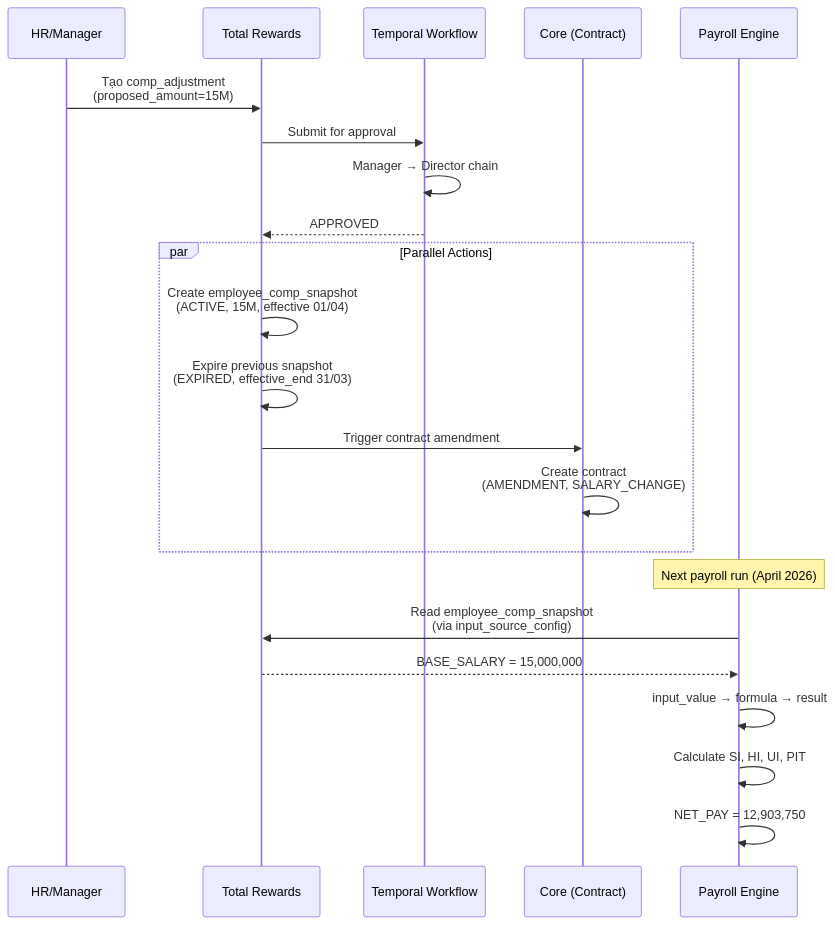
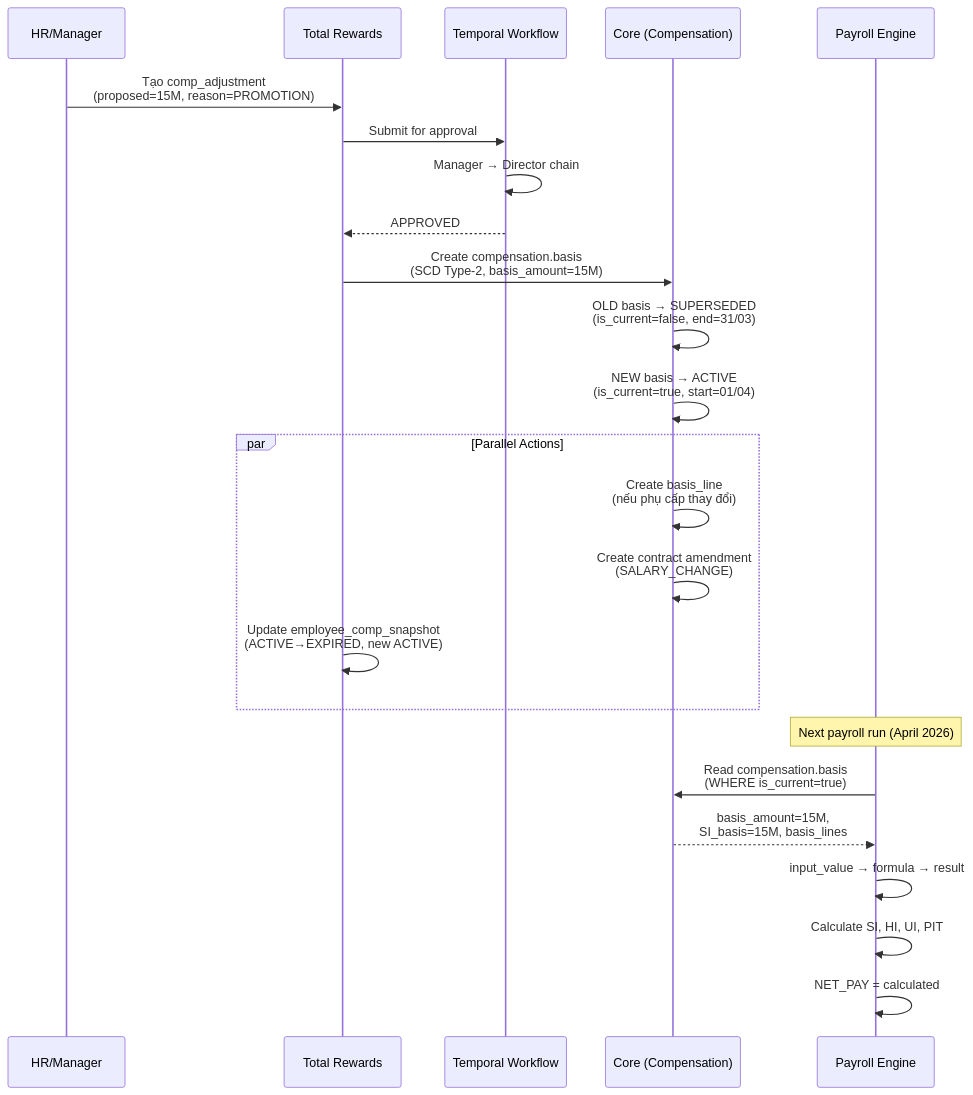
The diagram in docs/02-dbml/docs/salary-adjustment-flow.md (a4b-corporation/xTalent), drawn with Mermaid before and after one commit. The commit also changed other lines of this file, not shown here.

````diff
--- a/docs/02-dbml/docs/salary-adjustment-flow.md
+++ b/docs/02-dbml/docs/salary-adjustment-flow.md
@@ -122,27 +123,30 @@
 ```mermaid
 sequenceDiagram
     participant HR as HR/Manager
     participant TR as Total Rewards
     participant TW as Temporal Workflow
-    participant CO as Core (Contract)
+    participant CO as Core (Compensation)
     participant PR as Payroll Engine
 
-    HR->>TR: Tạo comp_adjustment<br/>(proposed_amount=15M)
+    HR->>TR: Tạo comp_adjustment<br/>(proposed=15M, reason=PROMOTION)
     TR->>TW: Submit for approval
     TW->>TW: Manager → Director chain
     TW-->>TR: APPROVED
 
+    TR->>CO: Create compensation.basis<br/>(SCD Type-2, basis_amount=15M)
+    CO->>CO: OLD basis → SUPERSEDED<br/>(is_current=false, end=31/03)
+    CO->>CO: NEW basis → ACTIVE<br/>(is_current=true, start=01/04)
+
     par Parallel Actions
-        TR->>TR: Create employee_comp_snapshot<br/>(ACTIVE, 15M, effective 01/04)
-        TR->>TR: Expire previous snapshot<br/>(EXPIRED, effective_end 31/03)
-        TR->>CO: Trigger contract amendment
-        CO->>CO: Create contract<br/>(AMENDMENT, SALARY_CHANGE)
+        CO->>CO: Create basis_line<br/>(nếu phụ cấp thay đổi)
+        CO->>CO: Create contract amendment<br/>(SALARY_CHANGE)
+        TR->>TR: Update employee_comp_snapshot<br/>(ACTIVE→EXPIRED, new ACTIVE)
     end
 
     Note over PR: Next payroll run (April 2026)
-    PR->>TR: Read employee_comp_snapshot<br/>(via input_source_config)
-    TR-->>PR: BASE_SALARY = 15,000,000
+    PR->>CO: Read compensation.basis<br/>(WHERE is_current=true)
+    CO-->>PR: basis_amount=15M,<br/>SI_basis=15M, basis_lines
     PR->>PR: input_value → formula → result
     PR->>PR: Calculate SI, HI, UI, PIT
-    PR->>PR: NET_PAY = 12,903,750
+    PR->>PR: NET_PAY = calculated
 ```
````
